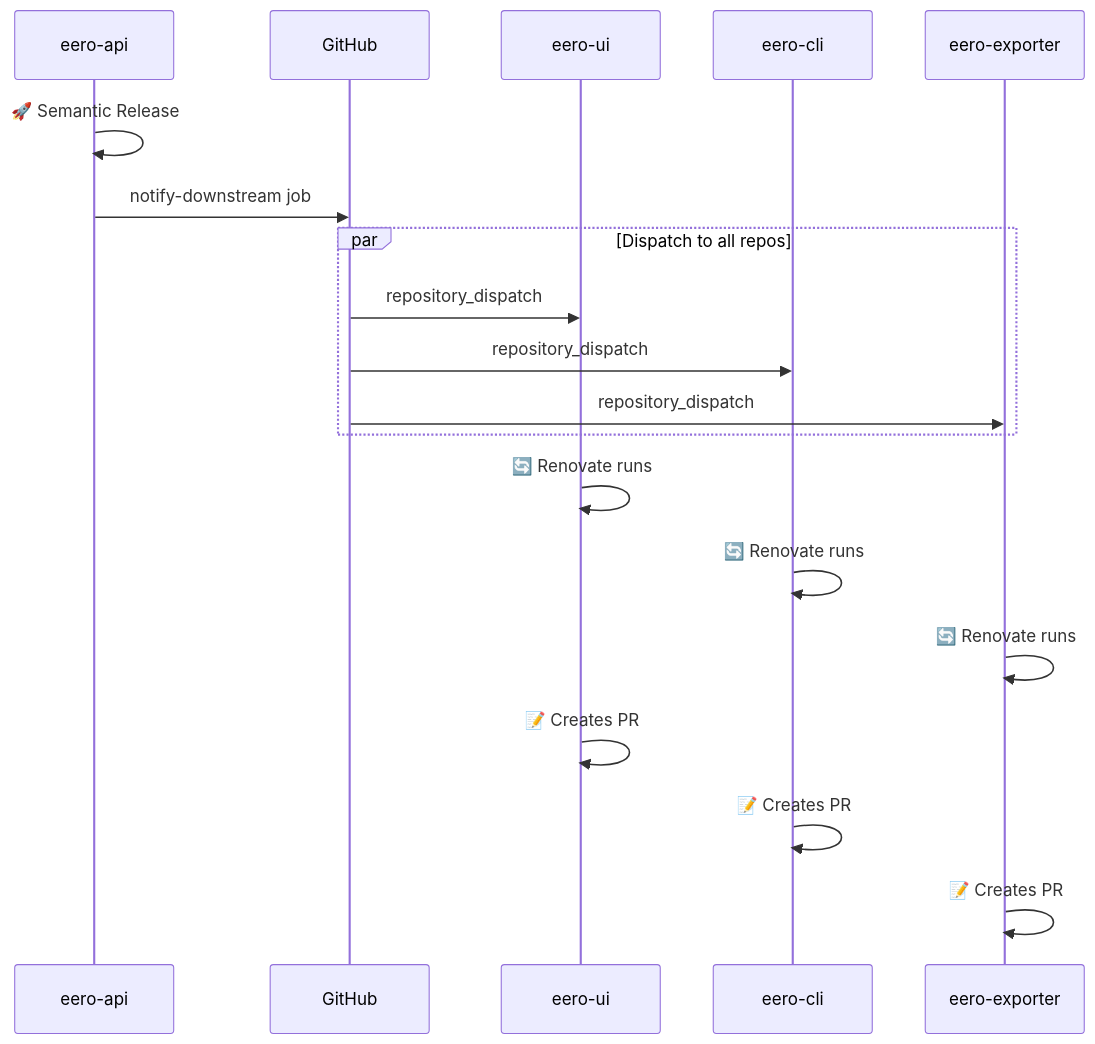
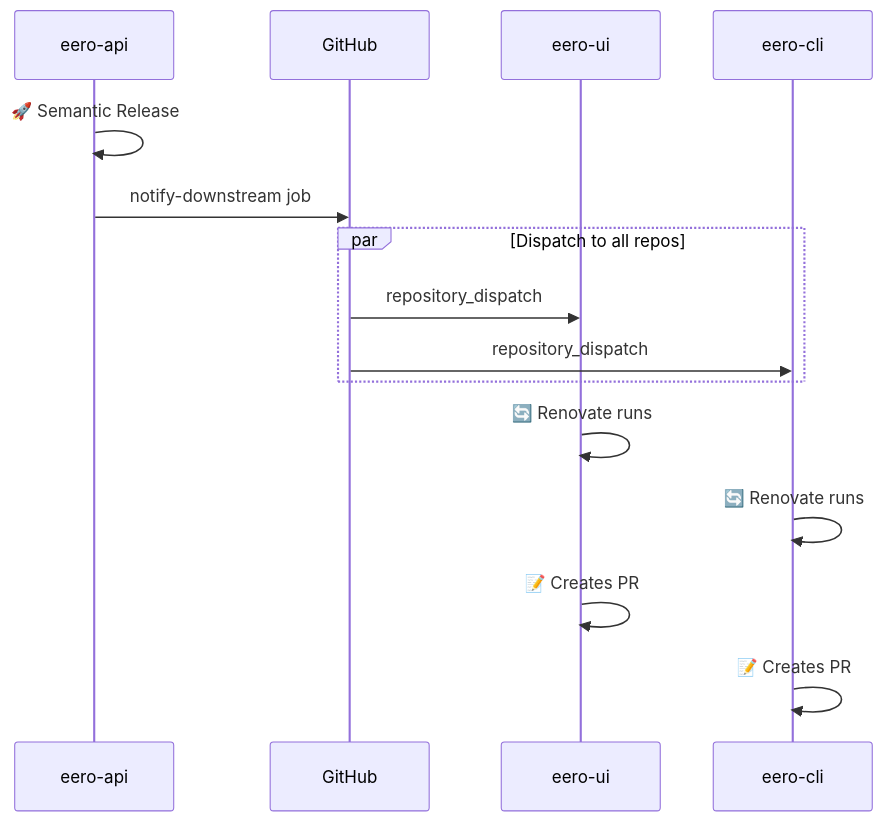
The second of 2 diagrams in wiki/Dependency-Updates.md (fulviofreitas/eero-ui), drawn with Mermaid before and after one commit. The commit also changed other lines of this file and 479 other files, not shown here.

````diff
--- a/wiki/Dependency-Updates.md
+++ b/wiki/Dependency-Updates.md
@@ -134,25 +149,21 @@
 ```mermaid
 sequenceDiagram
     participant EC as eero-api
     participant GH as GitHub
     participant UI as eero-ui
     participant CLI as eero-cli
-    participant EXP as eero-exporter
 
     EC->>EC: 🚀 Semantic Release
     EC->>GH: notify-downstream job
     
     par Dispatch to all repos
         GH->>UI: repository_dispatch
         GH->>CLI: repository_dispatch
-        GH->>EXP: repository_dispatch
     end
 
     UI->>UI: 🔄 Renovate runs
     CLI->>CLI: 🔄 Renovate runs
-    EXP->>EXP: 🔄 Renovate runs
 
     UI->>UI: 📝 Creates PR
     CLI->>CLI: 📝 Creates PR
-    EXP->>EXP: 📝 Creates PR
 ```
````
